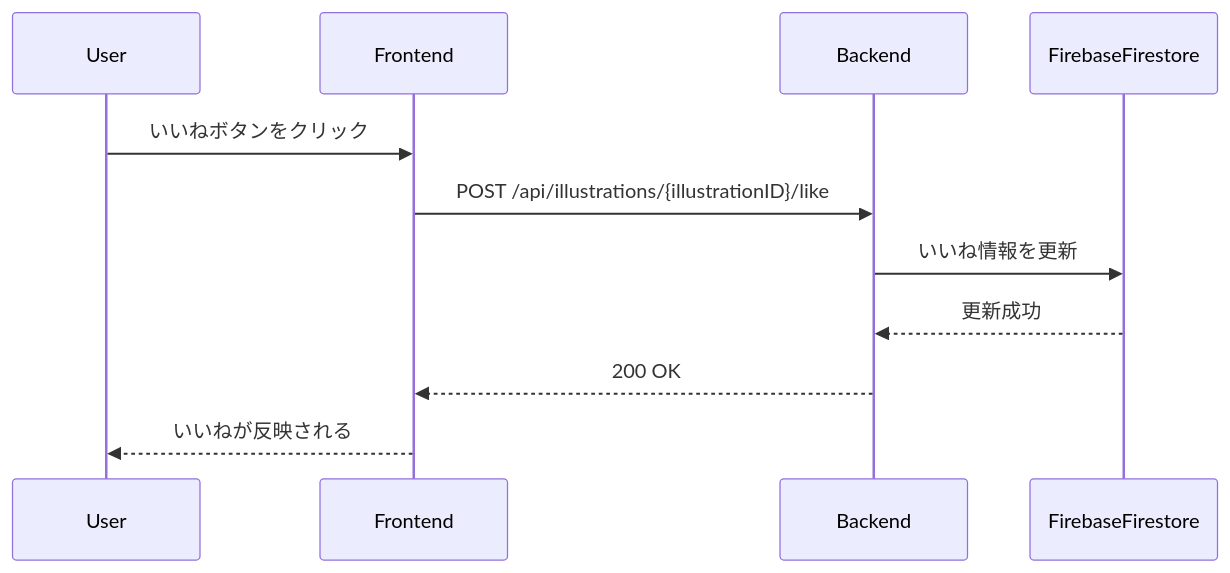
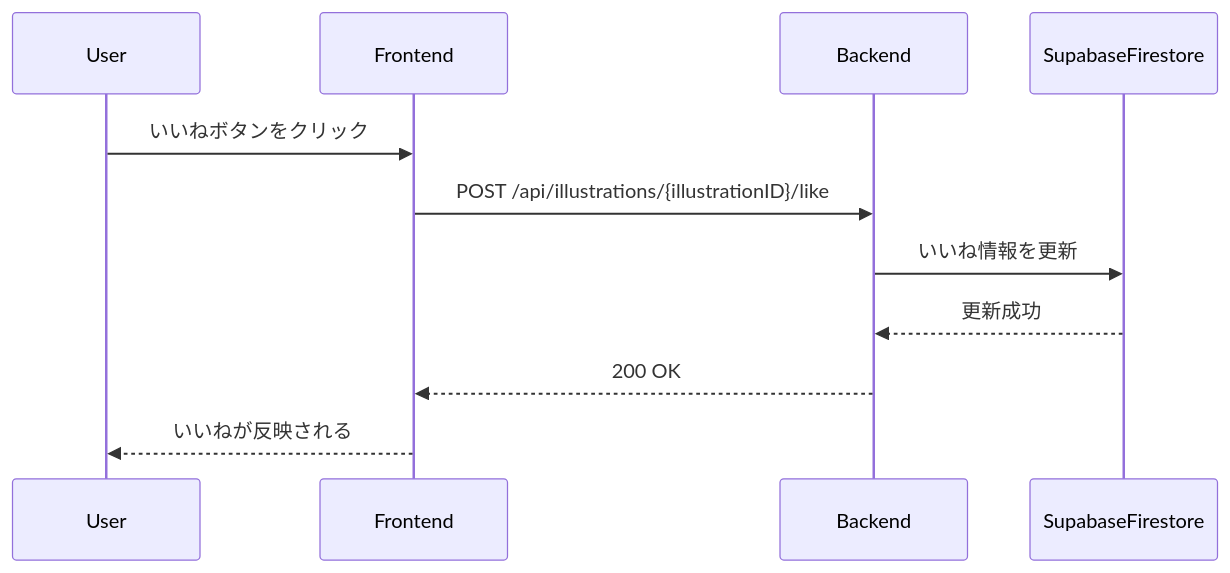
Before and after one commit to c-a-c/CAC-image-post: the fifth of 6 diagrams in documents/詳細設計書.md, drawn with Mermaid. The commit also changed other lines of this file and 10 other files, not shown here.

Commit message:
update: supabaseの採用、ER図の追加

````diff
--- a/documents/詳細設計書.md
+++ b/documents/詳細設計書.md
@@ -234,14 +234,14 @@
 ```mermaid
 sequenceDiagram
     participant User
     participant Frontend
     participant Backend
-    participant FirebaseFirestore
+    participant SupabaseFirestore
 
     User->>Frontend: いいねボタンをクリック
     Frontend->>Backend: POST /api/illustrations/{illustrationID}/like
-    Backend->>FirebaseFirestore: いいね情報を更新
-    FirebaseFirestore-->>Backend: 更新成功
+    Backend->>SupabaseFirestore: いいね情報を更新
+    SupabaseFirestore-->>Backend: 更新成功
     Backend-->>Frontend: 200 OK
     Frontend-->>User: いいねが反映される
 ```
````
